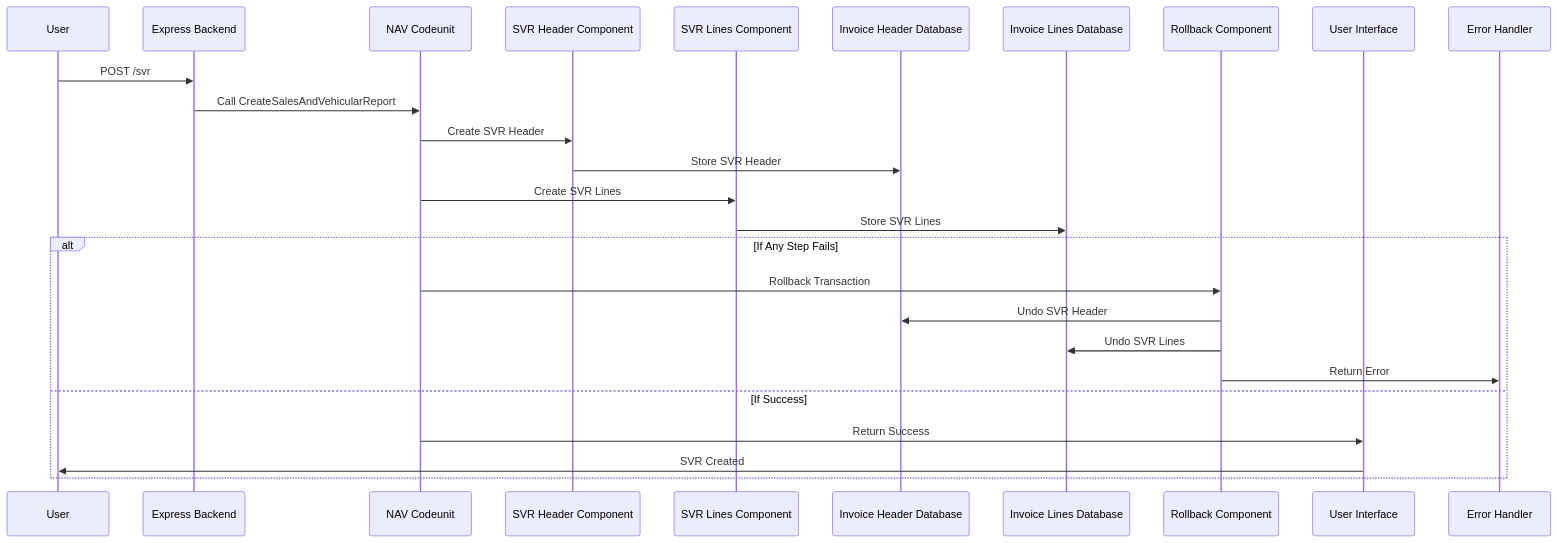
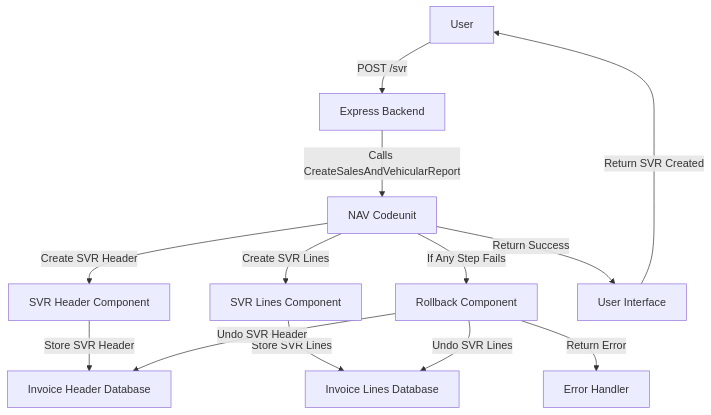
Before and after one commit to mincerray1/flows: the diagram in seq_nav_svr.mmd, drawn with Mermaid.

```diff
--- a/seq_nav_svr.mmd
+++ b/seq_nav_svr.mmd
@@ -1,28 +1,17 @@
-sequenceDiagram
-    participant User as User
-    participant Express as Express Backend
-    participant NAV as NAV Codeunit
-    participant Header as SVR Header Component
-    participant Lines as SVR Lines Component
-    participant HeaderDB as Invoice Header Database
-    participant LinesDB as Invoice Lines Database
-    participant Rollback as Rollback Component
-    participant UI as User Interface
-    participant Error as Error Handler
-
-    User->>Express: POST /svr
-    Express->>NAV: Call CreateSalesAndVehicularReport
-    NAV->>Header: Create SVR Header
-    Header->>HeaderDB: Store SVR Header
-    NAV->>Lines: Create SVR Lines
-    Lines->>LinesDB: Store SVR Lines
-
-    alt If Any Step Fails
-        NAV->>Rollback: Rollback Transaction
-        Rollback->>HeaderDB: Undo SVR Header
-        Rollback->>LinesDB: Undo SVR Lines
-        Rollback->>Error: Return Error
-    else If Success
-        NAV->>UI: Return Success
-        UI->>User: SVR Created
-    end
+graph TD;
+    User[User] -->|POST /svr| Express[Express Backend]
+    Express -->|Calls CreateSalesAndVehicularReport| NAV[NAV Codeunit]
+    
+    NAV -->|Create SVR Header| Header[SVR Header Component]
+    Header -->|Store SVR Header| HeaderDB[Invoice Header Database]
+    
+    NAV -->|Create SVR Lines| Lines[SVR Lines Component]
+    Lines -->|Store SVR Lines| LinesDB[Invoice Lines Database]
+    
+    NAV -->|If Any Step Fails| Rollback[Rollback Component]
+    Rollback -->|Undo SVR Header| HeaderDB
+    Rollback -->|Undo SVR Lines| LinesDB
+    
+    Rollback -->|Return Error| Error[Error Handler]
+    NAV -->|Return Success| UI[User Interface]
+    UI -->|Return SVR Created| User
```
